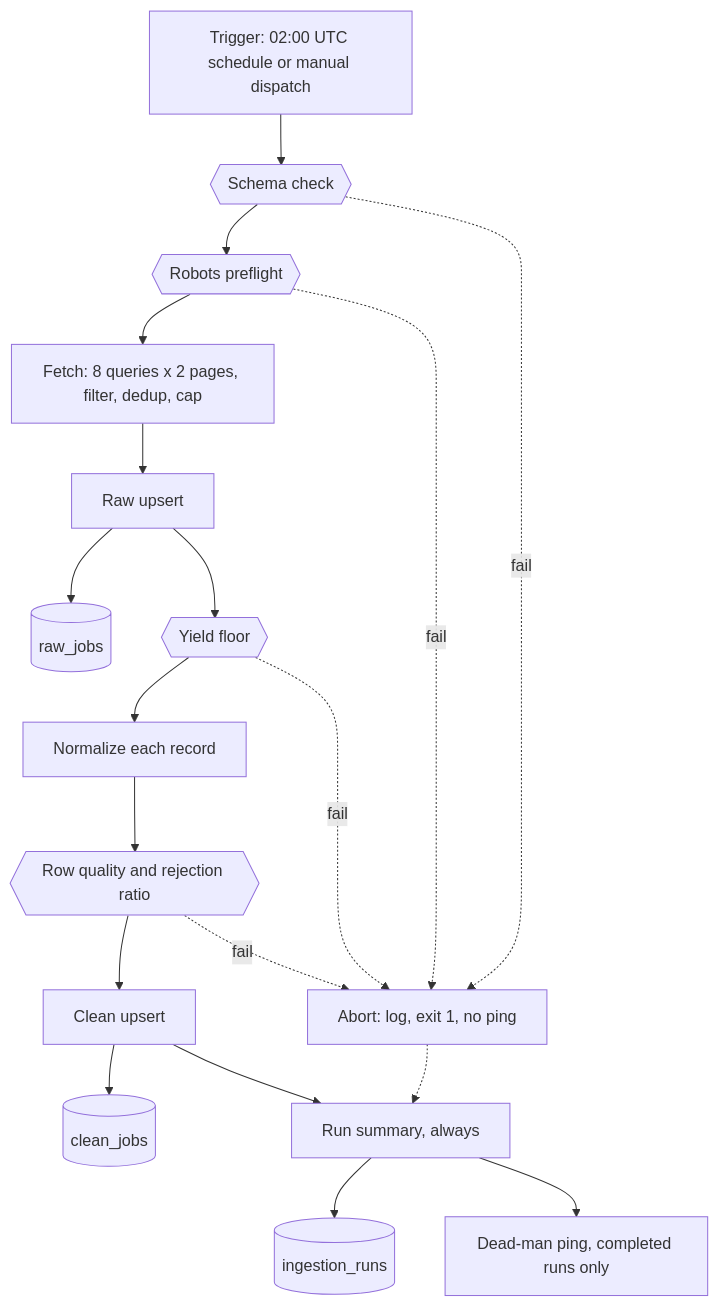
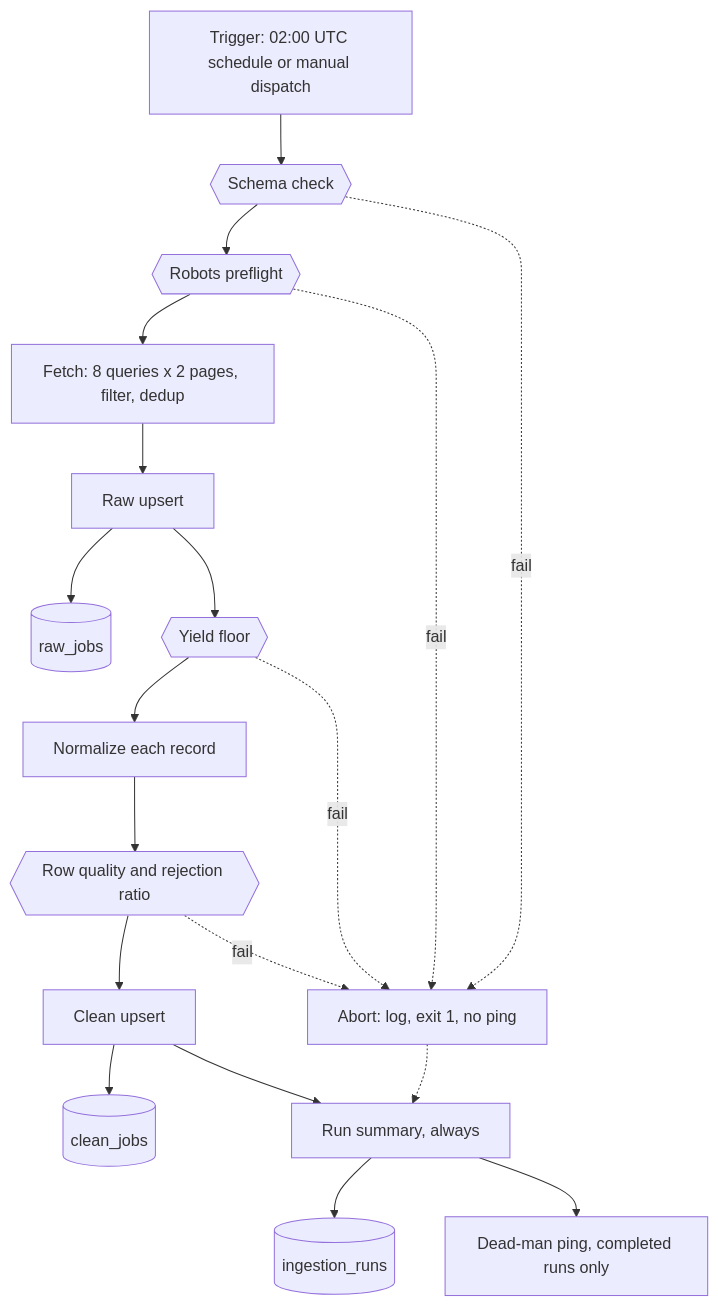
One commit to Park-Hip/InternHunterAgent changed the diagram in docs/modules/ingestion.md. Above: the diagram before and after it, drawn with Mermaid. The commit also changed other lines of this file and 3 other files, not shown here.

````diff
--- a/docs/modules/ingestion.md
+++ b/docs/modules/ingestion.md
@@ -40,18 +40,18 @@
 ```mermaid
 flowchart TD
     T["Trigger: 02:00 UTC schedule or manual dispatch"] --> G1{{"Schema check"}}
     G1 --> G2{{"Robots preflight"}}
-    G2 --> F["Fetch: 8 queries x 2 pages, filter, dedup, cap"]
+    G2 --> F["Fetch: 8 queries x 2 pages, filter, dedup"]
     F --> R["Raw upsert"]
     R --> RAW[("raw_jobs")]
     R --> G3{{"Yield floor"}}
     G3 --> N["Normalize each record"]
     N --> G4{{"Row quality and rejection ratio"}}
     G4 --> C["Clean upsert"]
     C --> CLEAN[("clean_jobs")]
     C --> S["Run summary, always"]
     S --> RUNS[("ingestion_runs")]
     S --> P["Dead-man ping, completed runs only"]
     G1 & G2 & G3 & G4 -.->|fail| A["Abort: log, exit 1, no ping"]
     A -.-> S
 ```
````
